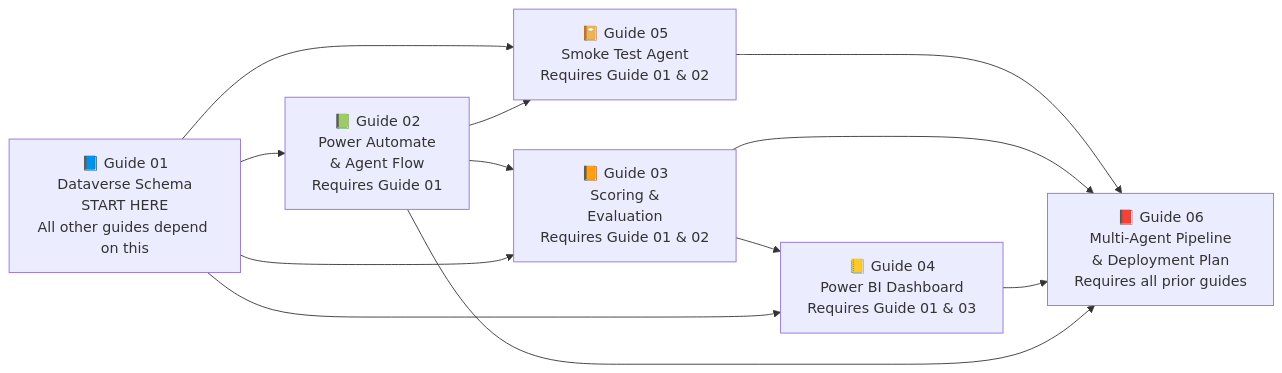
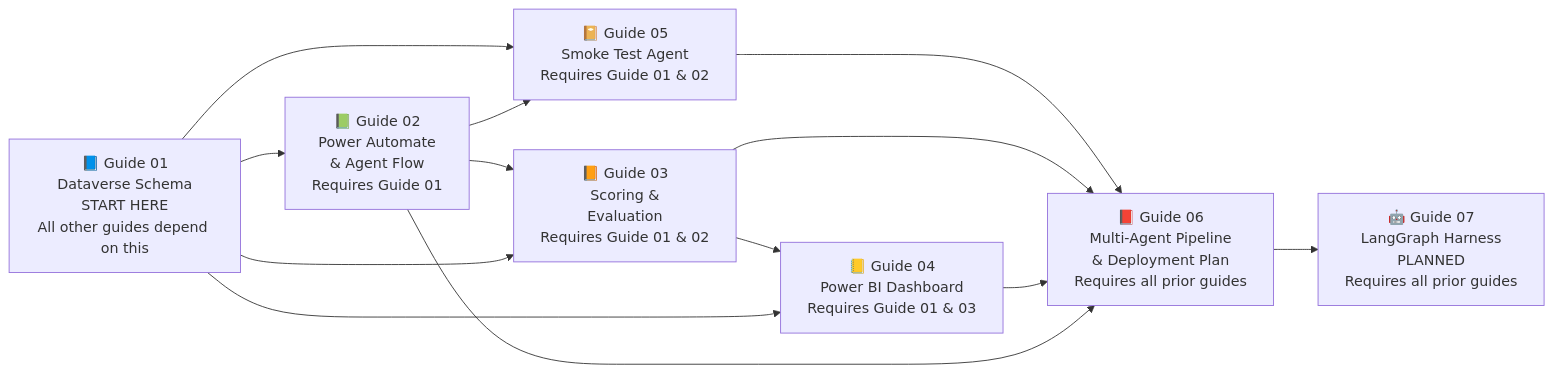
One commit to enewbold-devops/M365-CoPilot-Agents-Test-Framework changed diagram 24 of 28 in ReadME.md. Above: the diagram before and after it, drawn with Mermaid. The commit also changed other lines of this file and 27 other files, not shown here.

````diff
--- a/ReadME.md
+++ b/ReadME.md
@@ -971,21 +984,23 @@
 ```mermaid
 flowchart LR
     G01["📘 Guide 01<br/>Dataverse Schema<br/>START HERE<br/>All other guides depend on this"]
     G02["📗 Guide 02<br/>Power Automate<br/>& Agent Flow<br/>Requires Guide 01"]
     G03["📙 Guide 03<br/>Scoring &<br/>Evaluation<br/>Requires Guide 01 & 02"]
     G04["📒 Guide 04<br/>Power BI Dashboard<br/>Requires Guide 01 & 03"]
     G05["📔 Guide 05<br/>Smoke Test Agent<br/>Requires Guide 01 & 02"]
     G06["📕 Guide 06<br/>Multi-Agent Pipeline<br/>& Deployment Plan<br/>Requires all prior guides"]
+    G07["🤖 Guide 07<br/>LangGraph Harness<br/>PLANNED<br/>Requires all prior guides"]
 
     G01 --> G02
     G02 --> G03
     G01 --> G03
     G03 --> G04
     G01 --> G04
     G01 --> G05
     G02 --> G05
     G05 --> G06
     G03 --> G06
     G04 --> G06
     G02 --> G06
+    G06 --> G07
 ```
````
